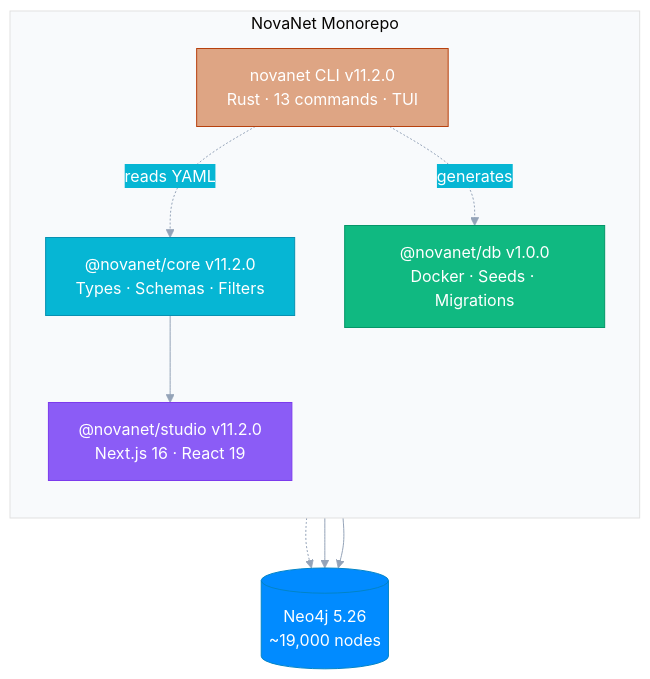
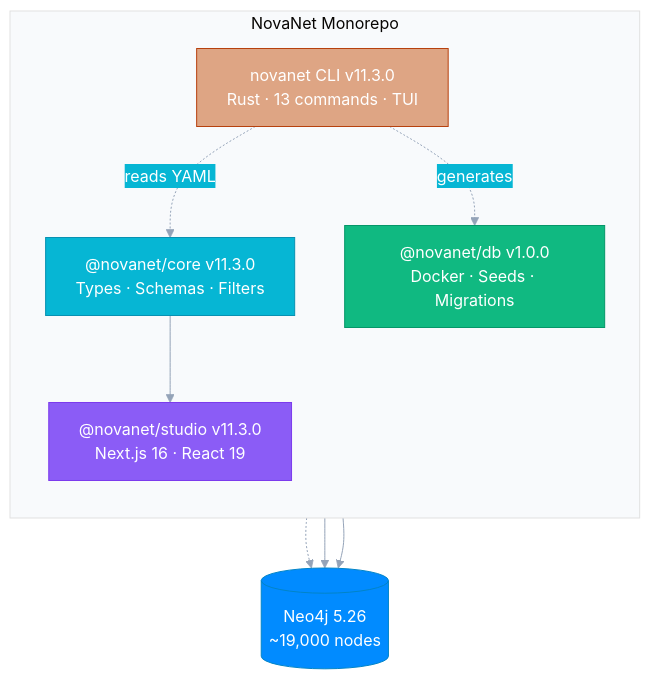
Before and after one commit to supernovae-st/novanet: the diagram in README.md, drawn with Mermaid. The commit also changed other lines of this file and 114 other files, not shown here.

First line of the commit message:
feat(schema): v11.4 layer restructure and SEO/GEO migration

````diff
--- a/README.md
+++ b/README.md
@@ -45,33 +45,33 @@
 ```mermaid
 %%{init: {'theme': 'base', 'themeVariables': {
   'primaryColor': '#6366f1',
   'primaryTextColor': '#fff',
   'primaryBorderColor': '#4f46e5',
   'lineColor': '#94a3b8',
   'secondaryColor': '#06b6d4',
   'tertiaryColor': '#f8fafc'
 }}}%%
 flowchart TB
     subgraph MONO["NovaNet Monorepo"]
         direction TB
-        CORE["@novanet/core v11.2.0\nTypes · Schemas · Filters"]
+        CORE["@novanet/core v11.3.0\nTypes · Schemas · Filters"]
         DB["@novanet/db v1.0.0\nDocker · Seeds · Migrations"]
-        STUDIO["@novanet/studio v11.2.0\nNext.js 16 · React 19"]
-        RUST["novanet CLI v11.2.0\nRust · 13 commands · TUI"]
+        STUDIO["@novanet/studio v11.3.0\nNext.js 16 · React 19"]
+        RUST["novanet CLI v11.3.0\nRust · 13 commands · TUI"]
     end
 
     CORE --> STUDIO
     RUST -.->|reads YAML| CORE
     RUST -.->|generates| DB
 
     NEO4J[("Neo4j 5.26\n~19,000 nodes")]
     DB -.-> NEO4J
     STUDIO --> NEO4J
     RUST --> NEO4J
 
     style CORE fill:#06b6d4,stroke:#0891b2,color:#fff
     style DB fill:#10b981,stroke:#059669,color:#fff
     style STUDIO fill:#8b5cf6,stroke:#7c3aed,color:#fff
     style RUST fill:#DEA584,stroke:#B7410E,color:#fff
     style NEO4J fill:#018bff,stroke:#0284c7,color:#fff
 ```
````
